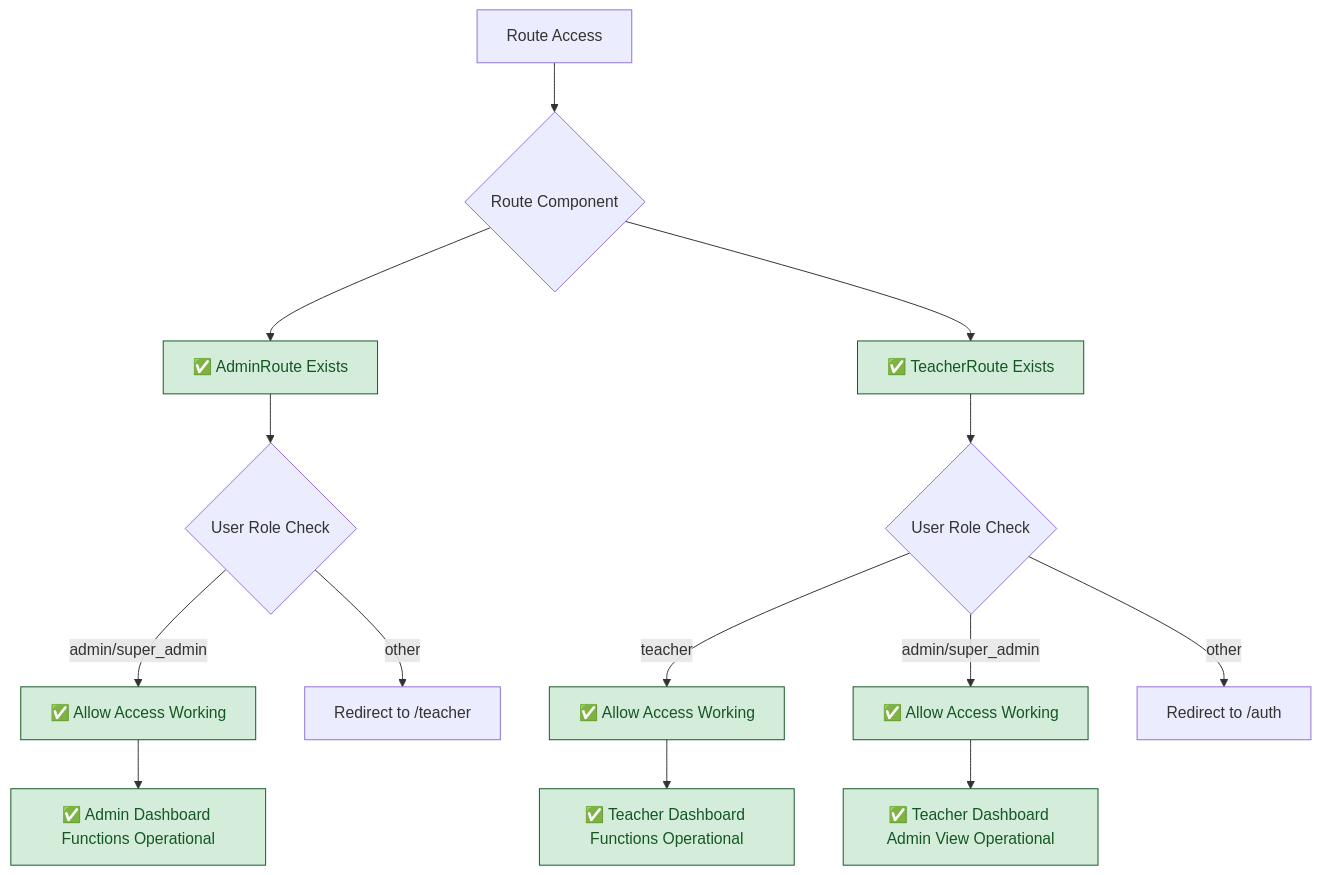
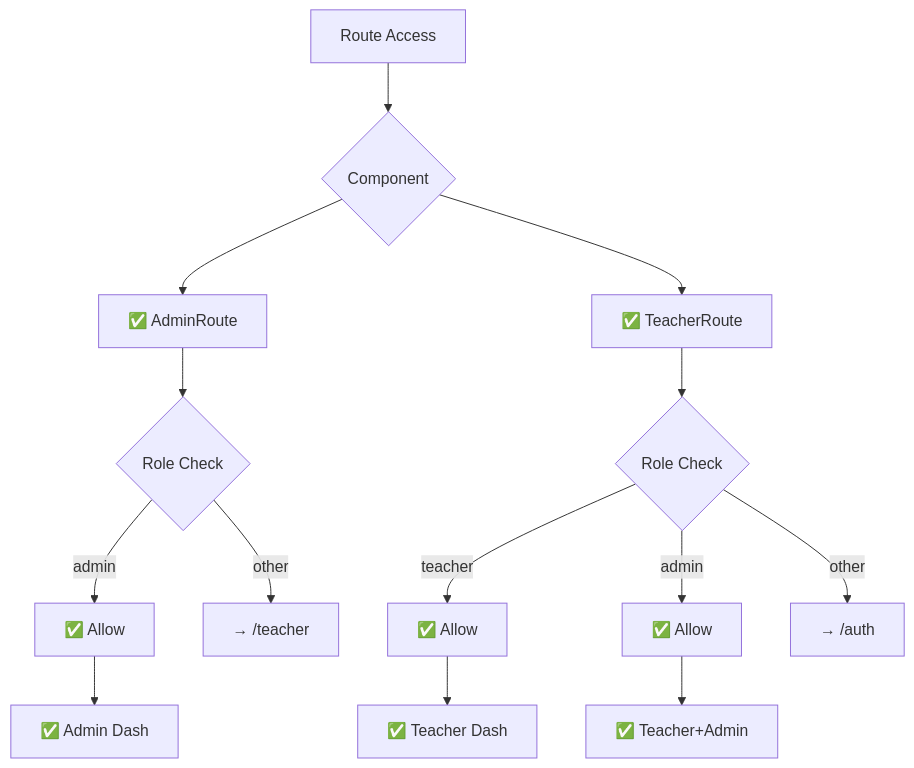
The second of 4 diagrams in docs/flowcharts/Current-State/01-current-authentication-complete.md (Splurfa/bx-os), drawn with Mermaid before and after one commit. The commit also changed other lines of this file and 6 other files, not shown here.

Commit message:
Fix Mermaid text cutoff with basic syntax

````diff
--- a/docs/flowcharts/Current-State/01-current-authentication-complete.md
+++ b/docs/flowcharts/Current-State/01-current-authentication-complete.md
@@ -38,23 +40,19 @@
 ```mermaid
 flowchart TD
-    A["`Route Access`"] --> B{"`Route Component`"}
-    B --> C["`✅ AdminRoute Exists`"]
-    B --> D["`✅ TeacherRoute Exists`"]
+    A[Route Access] --> B{Component}
+    B --> C[✅ AdminRoute]
+    B --> D[✅ TeacherRoute]
     
-    C --> E{"`User Role Check`"}
-    E -->|admin/super_admin| F["`✅ Allow Access Working`"]
-    E -->|other| G["`Redirect to /teacher`"]
+    C --> E{Role Check}
+    E -->|admin| F[✅ Allow]
+    E -->|other| G[→ /teacher]
     
-    D --> H{"`User Role Check`"}
-    H -->|teacher| I["`✅ Allow Access Working`"]
-    H -->|admin/super_admin| J["`✅ Allow Access Working`"]
-    H -->|other| K["`Redirect to /auth`"]
+    D --> H{Role Check}
+    H -->|teacher| I[✅ Allow]
+    H -->|admin| J[✅ Allow]
+    H -->|other| K[→ /auth]
     
-    F --> L["`✅ Admin Dashboard Functions Operational`"]
-    I --> M["`✅ Teacher Dashboard Functions Operational`"]
-    J --> N["`✅ Teacher Dashboard Admin View Operational`"]
-    
-    classDef working fill:#d4edda,stroke:#155724,color:#155724
-    
-    class C,D,F,I,J,L,M,N working
+    F --> L[✅ Admin Dash]
+    I --> M[✅ Teacher Dash]
+    J --> N[✅ Teacher+Admin]
 ```
````
